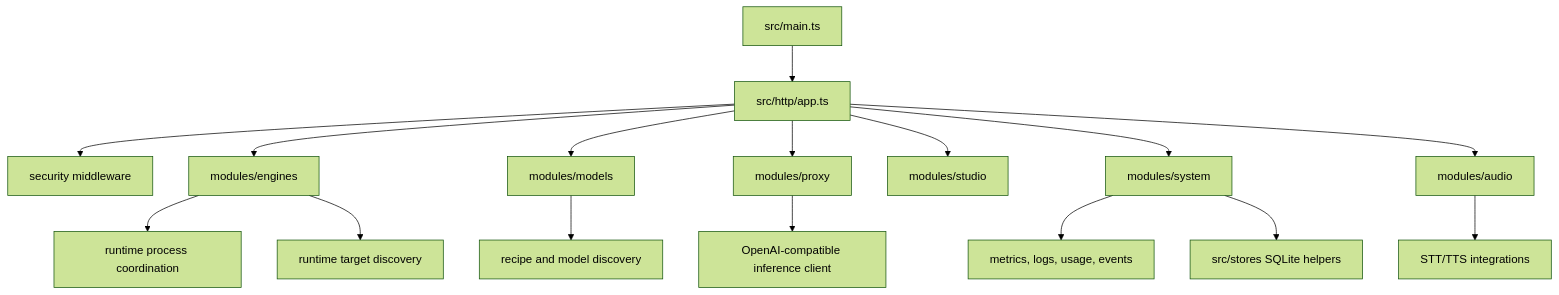
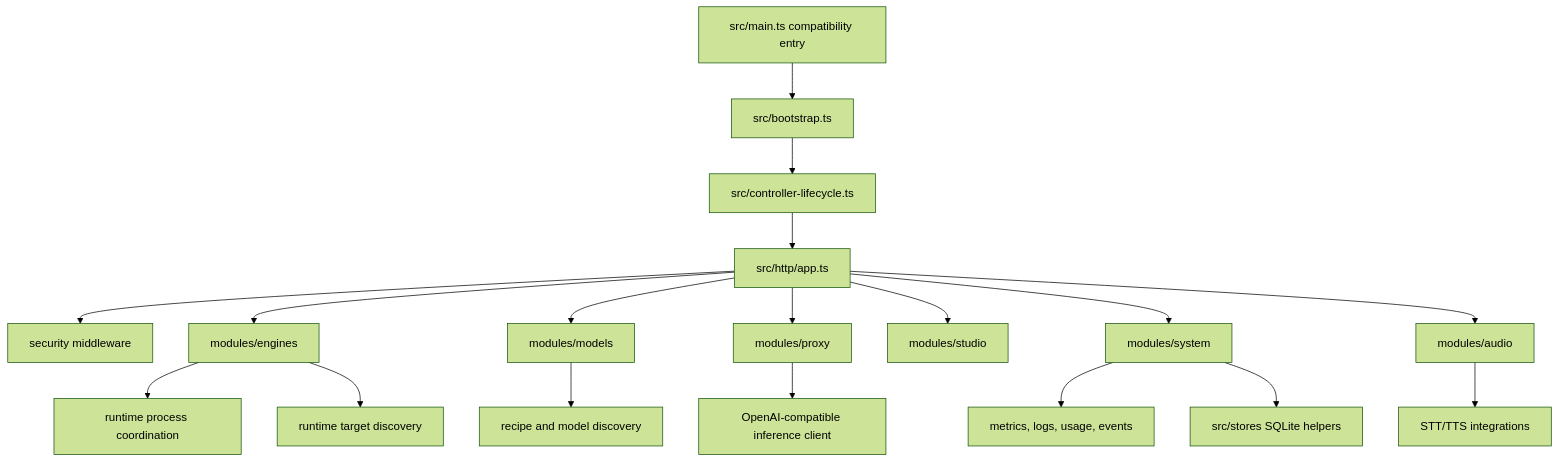
The diagram in controller/README.md (sybil-solutions/local-studio), drawn with Mermaid (forest theme) before and after one commit. The commit also changed other lines of this file and 35 other files, not shown here.

````diff
--- a/controller/README.md
+++ b/controller/README.md
@@ -25,19 +25,21 @@
 ```mermaid
 flowchart TB
-    Main["src/main.ts"] --> App["src/http/app.ts"]
+    Main["src/main.ts compatibility entry"] --> Bootstrap["src/bootstrap.ts"]
+    Bootstrap --> Lifecycle["src/controller-lifecycle.ts"]
+    Lifecycle --> App["src/http/app.ts"]
     App --> Security["security middleware"]
     App --> Engines["modules/engines"]
     App --> Models["modules/models"]
     App --> Proxy["modules/proxy"]
     App --> Studio["modules/studio"]
     App --> System["modules/system"]
     App --> Audio["modules/audio"]
 
     Engines --> Runtime["runtime process coordination"]
     Engines --> Targets["runtime target discovery"]
     Models --> Recipes["recipe and model discovery"]
     Proxy --> Inference["OpenAI-compatible inference client"]
     System --> Metrics["metrics, logs, usage, events"]
     Audio --> Speech["STT/TTS integrations"]
     System --> Stores["src/stores SQLite helpers"]
 ```
````
